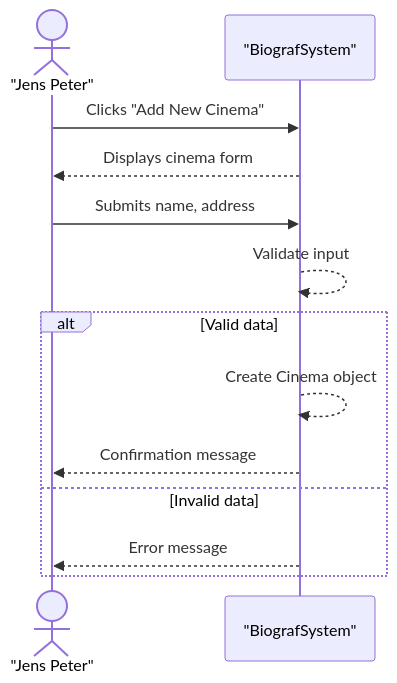
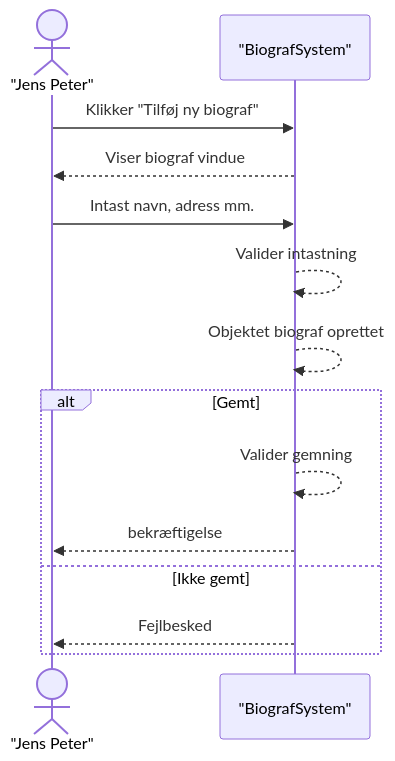
One commit to DMOoF25/TheMovie changed the diagram in docs/SSD S2 UC1.mmd. Above: the diagram before and after it, drawn with Mermaid.

Commit message:
Update SSD S2 UC1.mmd

```diff
--- a/docs/SSD S2 UC1.mmd
+++ b/docs/SSD S2 UC1.mmd
@@ -1,15 +1,16 @@
 sequenceDiagram
     actor JensPeter as "Jens Peter"
     participant System as "BiografSystem"
 
-    JensPeter->>System: Clicks "Add New Cinema"
-    System-->>JensPeter: Displays cinema form
+    JensPeter->>System: Klikker "Tilføj ny biograf"
+    System-->>JensPeter: Viser biograf vindue
 
-    JensPeter->>System: Submits name, address
-    System-->>System: Validate input
-    alt Valid data
-        System-->>System: Create Cinema object
-        System-->>JensPeter: Confirmation message
-    else Invalid data
-        System-->>JensPeter: Error message
+    JensPeter->>System: Intast navn, adress mm. 
+    System-->>System: Valider intastning
+    System-->>System: Objektet biograf oprettet
+    alt Gemt
+        System-->>System: Valider gemning
+        System-->>JensPeter: bekræftigelse
+    else Ikke gemt
+        System-->>JensPeter: Fejlbesked
     end
```
